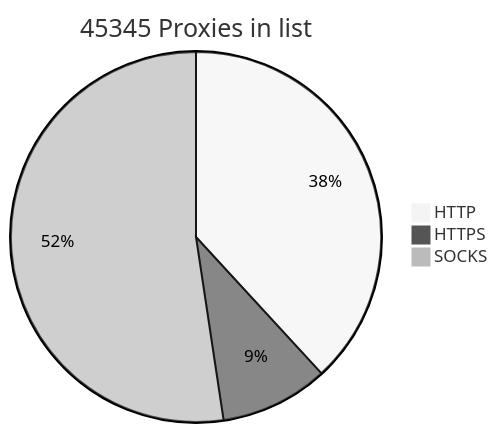
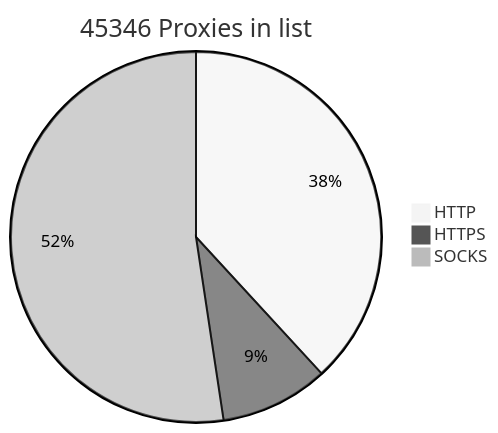
Before and after one commit to BlackSnowDot/proxylist-update-every-minute: the diagram in README.md, drawn with Mermaid (neutral theme).

````diff
--- a/README.md
+++ b/README.md
@@ -2,6 +2,6 @@
 ```mermaid
-pie title 45345 Proxies in list
+pie title 45346 Proxies in list
     "HTTP" : 18895
     "HTTPS": 4679
-    "SOCKS" : 25931
+    "SOCKS" : 25932
 ```
````
